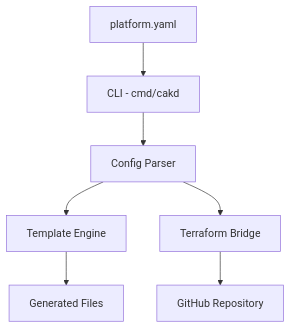
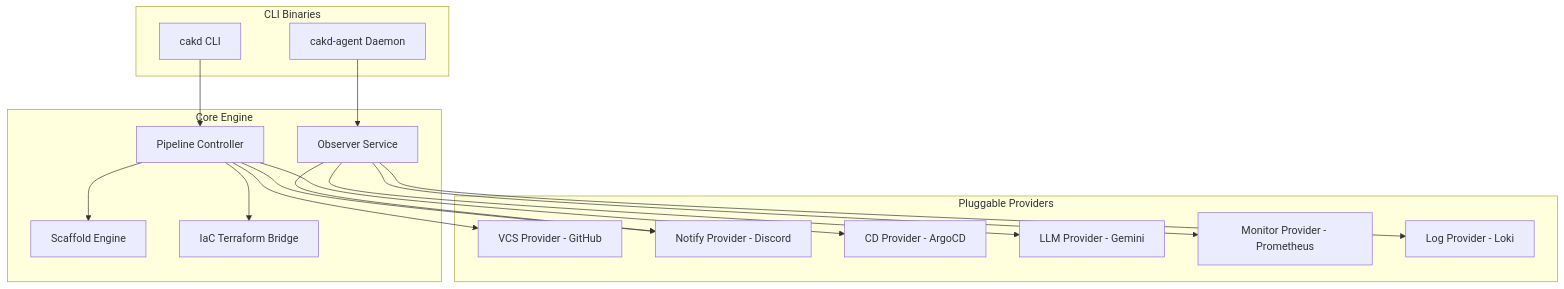
One commit to nguyentin05/cakd-platform changed the diagram in docs/prompts/architecture.md. Above: the diagram before and after it, drawn with Mermaid. The commit also changed other lines of this file and 13 other files, not shown here.

````diff
--- a/docs/prompts/architecture.md
+++ b/docs/prompts/architecture.md
@@ -39,9 +49,36 @@
 ```mermaid
 graph TD
-    A[platform.yaml] --> B[CLI - cmd/cakd]
-    B --> C[Config Parser]
-    C --> D[Template Engine]
-    C --> E[Terraform Bridge]
-    D --> F[Generated Files]
-    E --> G[GitHub Repository]
+    subgraph CLI Binaries
+        CLI[cakd CLI]
+        Agent[cakd-agent Daemon]
+    end
+
+    subgraph Core Engine
+        Pipeline[Pipeline Controller]
+        Scaffold[Scaffold Engine]
+        IaC[IaC Terraform Bridge]
+        Observe[Observer Service]
+    end
+
+    subgraph Pluggable Providers
+        VCS[VCS Provider - GitHub]
+        Notify[Notify Provider - Discord]
+        CD[CD Provider - ArgoCD]
+        LLM[LLM Provider - Gemini]
+        Monitor[Monitor Provider - Prometheus]
+        Log[Log Provider - Loki]
+    end
+
+    CLI --> Pipeline
+    Pipeline --> Scaffold
+    Pipeline --> IaC
+    Pipeline --> VCS
+    Pipeline --> CD
+    Pipeline --> Notify
+
+    Agent --> Observe
+    Observe --> Monitor
+    Observe --> Log
+    Observe --> LLM
+    Observe --> Notify
 ```
````
